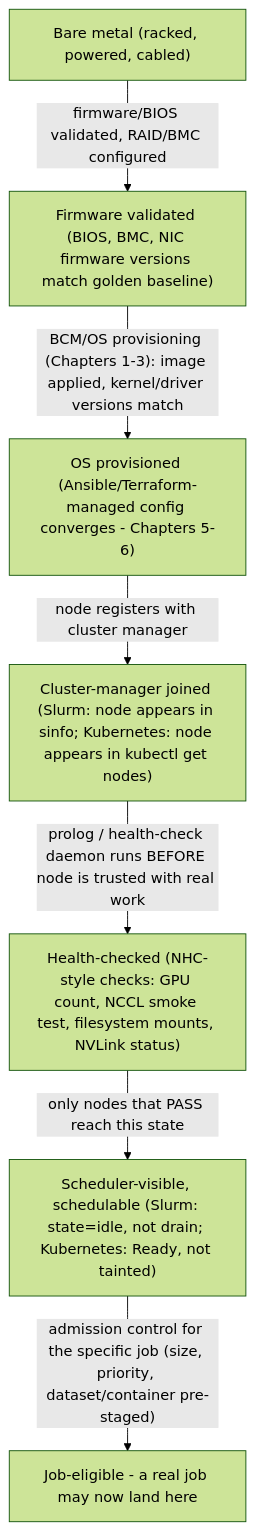
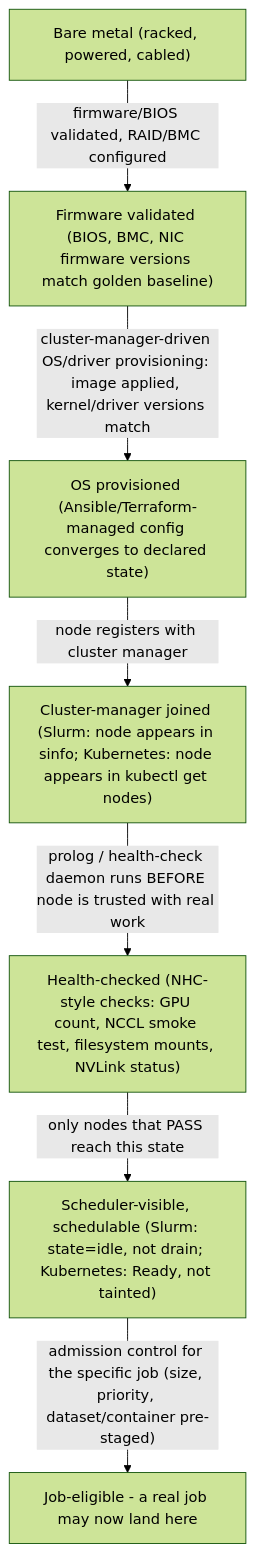
The second of 2 diagrams in docs/volume-10/09-job-provisioning-health-gating-and-workflow-orchestration.md (jithinpnjm/nvidia-devops), drawn with Mermaid (forest theme) before and after one commit. The commit also changed other lines of this file and 3 other files, not shown here.

````diff
--- a/docs/volume-10/09-job-provisioning-health-gating-and-workflow-orchestration.md
+++ b/docs/volume-10/09-job-provisioning-health-gating-and-workflow-orchestration.md
@@ -50,9 +50,9 @@
 ```mermaid
 flowchart TD
     A["Bare metal (racked, powered, cabled)"] -->|"firmware/BIOS validated, RAID/BMC configured"| B["Firmware validated (BIOS, BMC, NIC firmware versions match golden baseline)"]
-    B -->|"BCM/OS provisioning (Chapters 1-3): image applied, kernel/driver versions match"| C["OS provisioned (Ansible/Terraform-managed config converges - Chapters 5-6)"]
+    B -->|"cluster-manager-driven OS/driver provisioning: image applied, kernel/driver versions match"| C["OS provisioned (Ansible/Terraform-managed config converges to declared state)"]
     C -->|"node registers with cluster manager"| D["Cluster-manager joined (Slurm: node appears in sinfo; Kubernetes: node appears in kubectl get nodes)"]
     D -->|"prolog / health-check daemon runs BEFORE node is trusted with real work"| E["Health-checked (NHC-style checks: GPU count, NCCL smoke test, filesystem mounts, NVLink status)"]
     E -->|"only nodes that PASS reach this state"| F["Scheduler-visible, schedulable (Slurm: state=idle, not drain; Kubernetes: Ready, not tainted)"]
     F -->|"admission control for the specific job (size, priority, dataset/container pre-staged)"| G["Job-eligible - a real job may now land here"]
 ```
````
